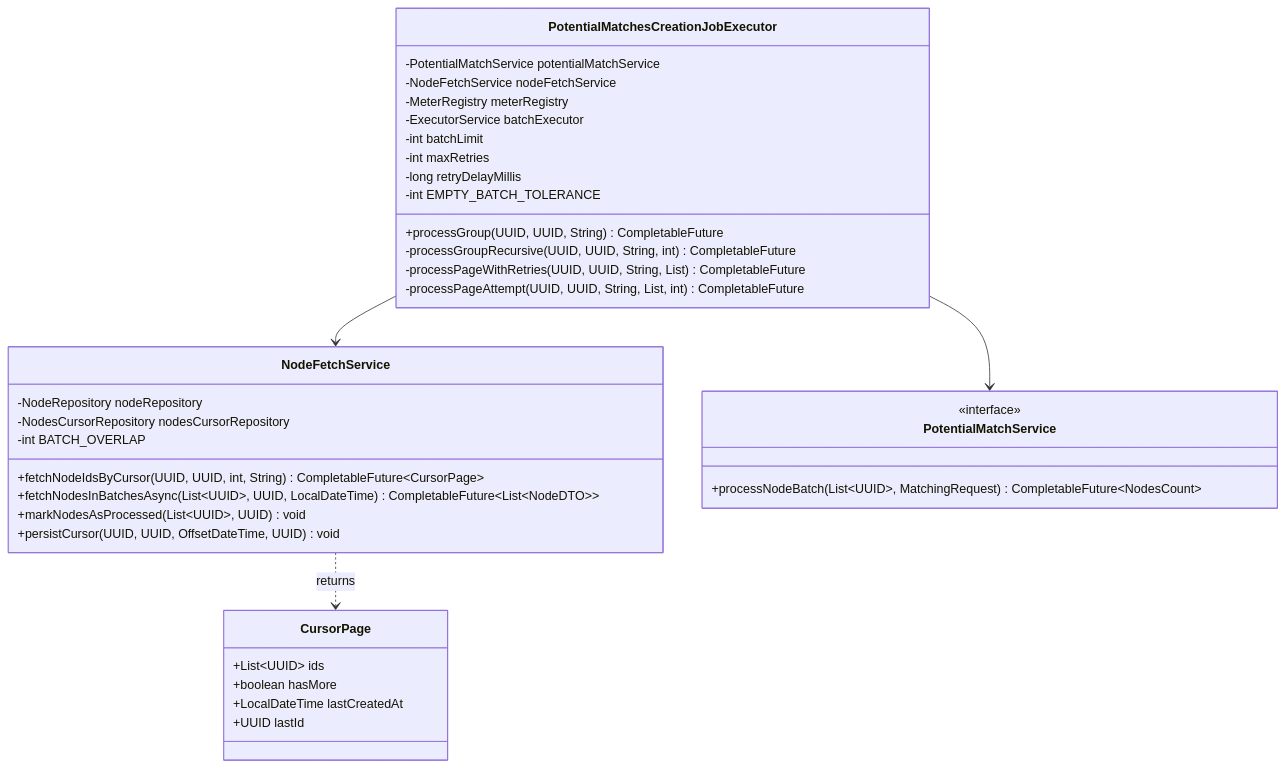
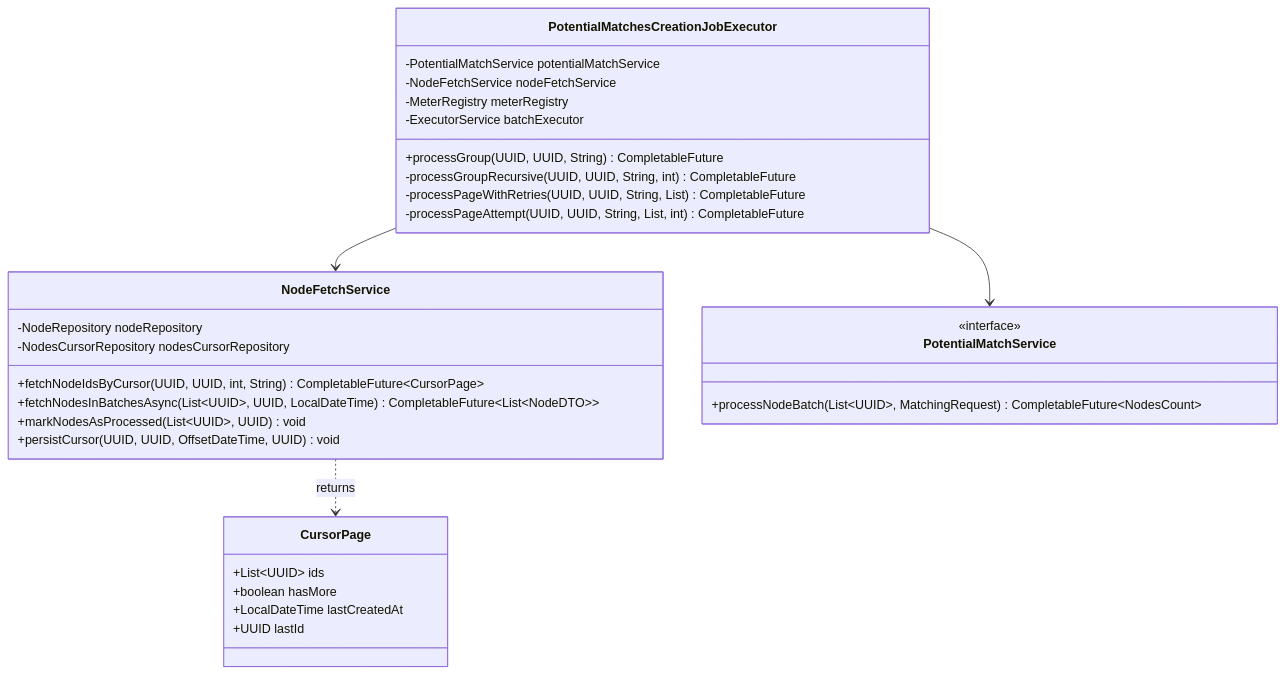
One commit to kagit00/schedule_x changed the sixth of 25 diagrams in docs/Low Level Designs/ScheduledPotentialMatchesCreation.md. Above: the diagram before and after it, drawn with Mermaid. The commit also changed other lines of this file and 7 other files, not shown here.

````diff
--- a/docs/Low Level Designs/ScheduledPotentialMatchesCreation.md
+++ b/docs/Low Level Designs/ScheduledPotentialMatchesCreation.md
@@ -364,43 +286,38 @@
 ```mermaid
 classDiagram
     class PotentialMatchesCreationJobExecutor {
         -PotentialMatchService potentialMatchService
         -NodeFetchService nodeFetchService
         -MeterRegistry meterRegistry
         -ExecutorService batchExecutor
-        -int batchLimit
-        -int maxRetries
-        -long retryDelayMillis
-        -int EMPTY_BATCH_TOLERANCE
         +processGroup(UUID, UUID, String) CompletableFuture
         -processGroupRecursive(UUID, UUID, String, int) CompletableFuture
         -processPageWithRetries(UUID, UUID, String, List) CompletableFuture
         -processPageAttempt(UUID, UUID, String, List, int) CompletableFuture
     }
-    
+   
     class NodeFetchService {
         -NodeRepository nodeRepository
         -NodesCursorRepository nodesCursorRepository
-        -int BATCH_OVERLAP
         +fetchNodeIdsByCursor(UUID, UUID, int, String) CompletableFuture~CursorPage~
         +fetchNodesInBatchesAsync(List~UUID~, UUID, LocalDateTime) CompletableFuture~List~NodeDTO~~
         +markNodesAsProcessed(List~UUID~, UUID) void
         +persistCursor(UUID, UUID, OffsetDateTime, UUID) void
     }
-    
+   
     class CursorPage {
         +List~UUID~ ids
         +boolean hasMore
         +LocalDateTime lastCreatedAt
         +UUID lastId
     }
-    
+   
     class PotentialMatchService {
         <<interface>>
         +processNodeBatch(List~UUID~, MatchingRequest) CompletableFuture~NodesCount~
     }
-    
+   
     PotentialMatchesCreationJobExecutor --> NodeFetchService
     PotentialMatchesCreationJobExecutor --> PotentialMatchService
     NodeFetchService ..> CursorPage : returns
 ```
````
